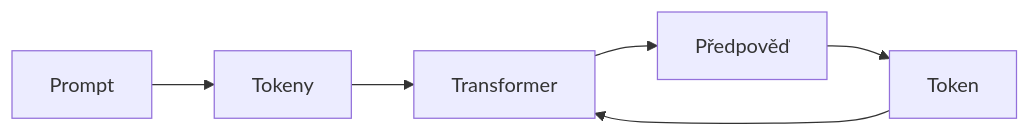
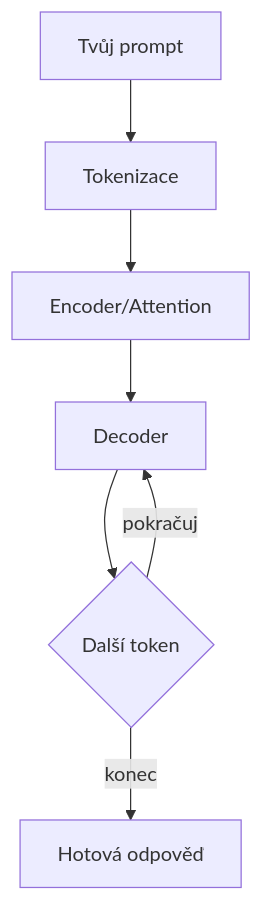
One commit to aidetemcz/glitch changed the diagram in glitches/vibecoding/vc31-jak-funguje-ai.md. Above: the diagram before and after it, drawn with Mermaid. The commit also changed other lines of this file, not shown here.

First line of the commit message:
Rewrite AI/transformer lesson with real technical depth

````diff
--- a/glitches/vibecoding/vc31-jak-funguje-ai.md
+++ b/glitches/vibecoding/vc31-jak-funguje-ai.md
@@ -26,8 +26,9 @@
 ```mermaid
-graph LR
-    A["Prompt"] --> B["Tokeny"]
-    B --> C["Transformer"]
-    C --> D["Předpověď"]
-    D --> E["Token"]
-    E --> C
+graph TD
+    A["Tvůj prompt"] --> B["Tokenizace"]
+    B --> C["Encoder/Attention"]
+    C --> D["Decoder"]
+    D --> E{"Další token"}
+    E -->|"pokračuj"| D
+    E -->|"konec"| F["Hotová odpověď"]
 ```
````
